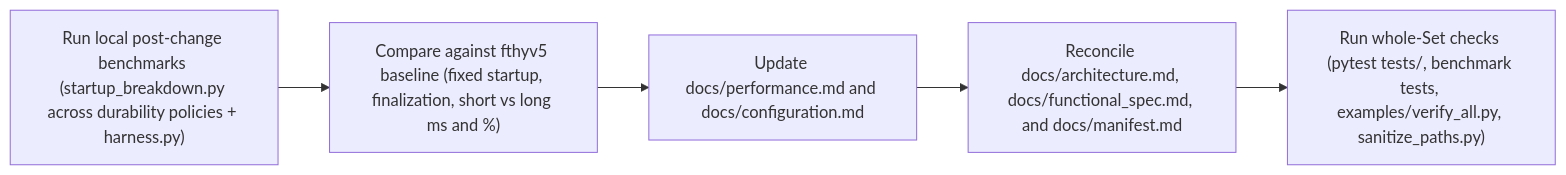
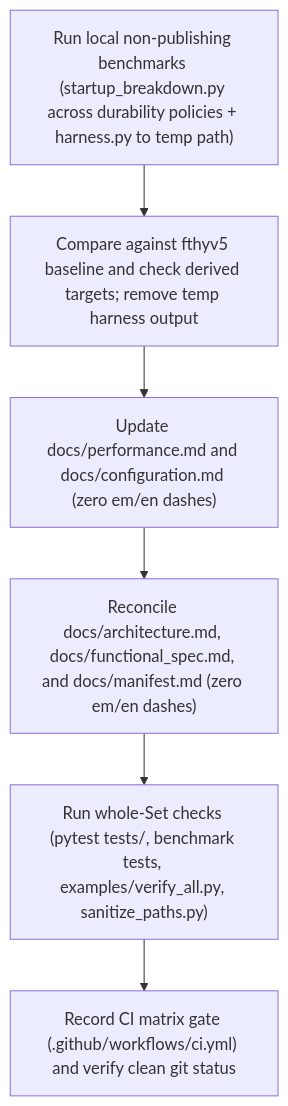
One commit to fariello/pubrun changed the diagram in .aw/records/plans/pending/20261121-startup-perf-04-ckc3vl-post-change-overhead-comparison-documentation-sync-and-whole.ipd.md. Above: the diagram before and after it, drawn with Mermaid. The commit also changed other lines of this file and 1 other file, not shown here.

````diff
--- a/.aw/records/plans/pending/20261121-startup-perf-04-ckc3vl-post-change-overhead-comparison-documentation-sync-and-whole.ipd.md
+++ b/.aw/records/plans/pending/20261121-startup-perf-04-ckc3vl-post-change-overhead-comparison-documentation-sync-and-whole.ipd.md
@@ -35,7 +38,8 @@
 ```mermaid
-flowchart LR
-    A["Run local post-change benchmarks (startup_breakdown.py across durability policies + harness.py)"] --> B["Compare against fthyv5 baseline (fixed startup, finalization, short vs long ms and %)"]
-    B --> C["Update docs/performance.md and docs/configuration.md"]
-    C --> D["Reconcile docs/architecture.md, docs/functional_spec.md, and docs/manifest.md"]
+flowchart TD
+    A["Run local non-publishing benchmarks (startup_breakdown.py across durability policies + harness.py to temp path)"] --> B["Compare against fthyv5 baseline and check derived targets; remove temp harness output"]
+    B --> C["Update docs/performance.md and docs/configuration.md (zero em/en dashes)"]
+    C --> D["Reconcile docs/architecture.md, docs/functional_spec.md, and docs/manifest.md (zero em/en dashes)"]
     D --> E["Run whole-Set checks (pytest tests/, benchmark tests, examples/verify_all.py, sanitize_paths.py)"]
+    E --> F["Record CI matrix gate (.github/workflows/ci.yml) and verify clean git status"]
 ```
````
